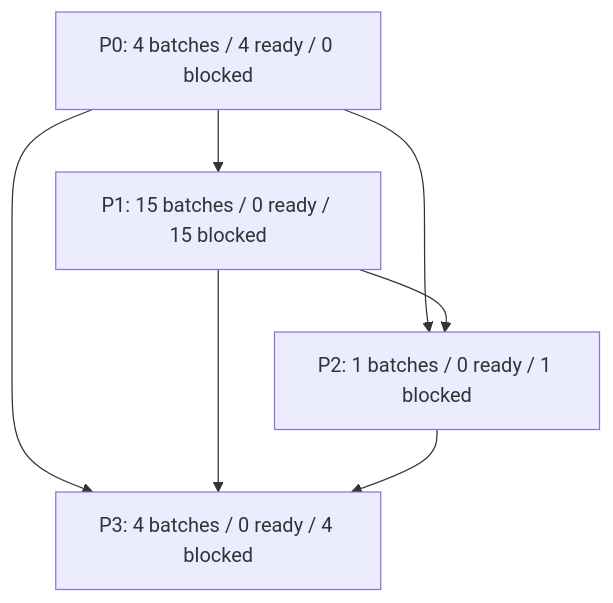
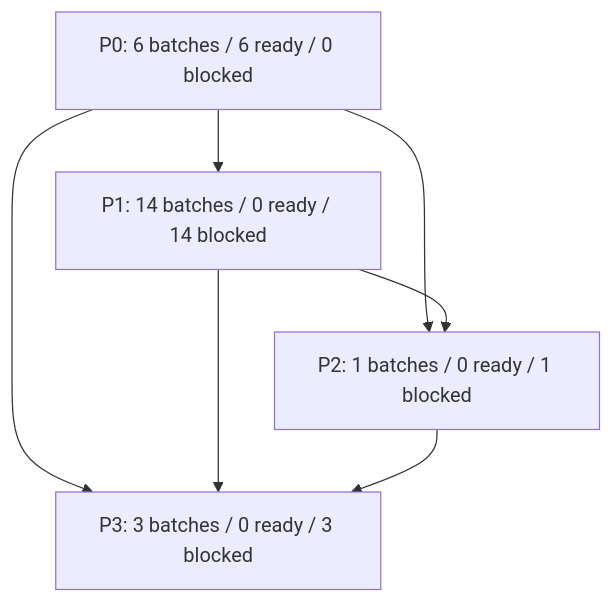
The first of 2 diagrams in artifacts/ddd/release/release-action-dependency-graph.md (Elexvx/Lumira), drawn with Mermaid before and after one commit. The commit also changed other lines of this file and 174 other files, not shown here.

````diff
--- a/artifacts/ddd/release/release-action-dependency-graph.md
+++ b/artifacts/ddd/release/release-action-dependency-graph.md
@@ -21,13 +21,13 @@
 ```mermaid
 flowchart TD
-  p_P0["P0: 4 batches / 4 ready / 0 blocked"]
-  p_P1["P1: 15 batches / 0 ready / 15 blocked"]
+  p_P0["P0: 6 batches / 6 ready / 0 blocked"]
+  p_P1["P1: 14 batches / 0 ready / 14 blocked"]
   p_P2["P2: 1 batches / 0 ready / 1 blocked"]
-  p_P3["P3: 4 batches / 0 ready / 4 blocked"]
+  p_P3["P3: 3 batches / 0 ready / 3 blocked"]
   p_P0 --> p_P1
   p_P0 --> p_P2
   p_P0 --> p_P3
   p_P1 --> p_P2
   p_P1 --> p_P3
   p_P2 --> p_P3
 ```
````
